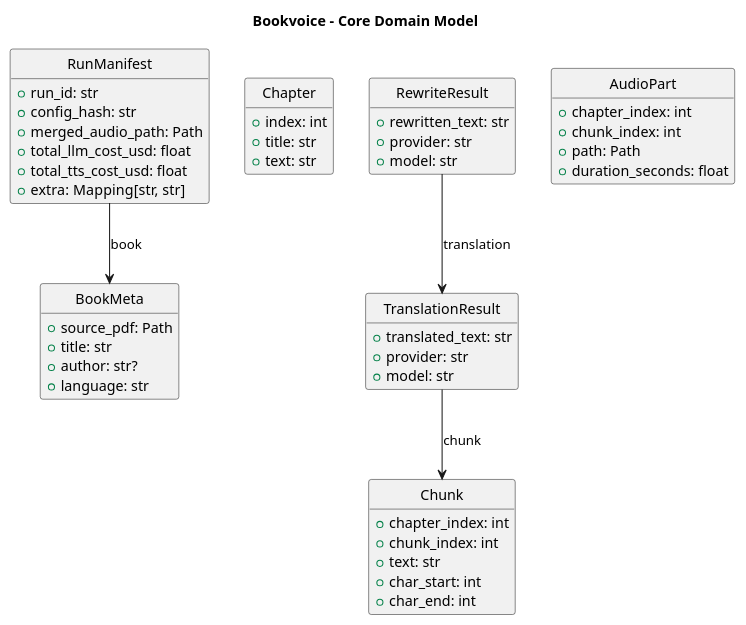
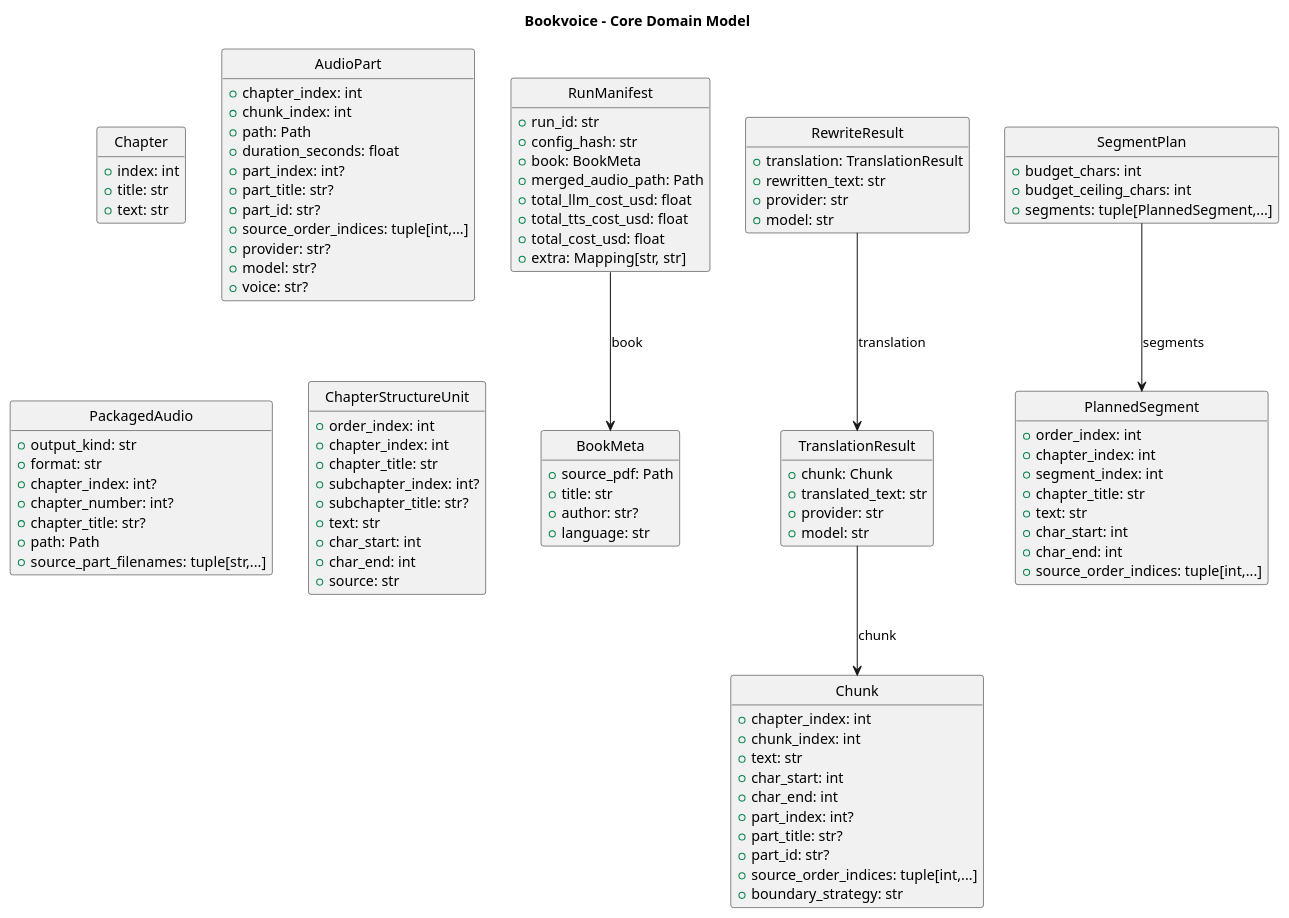
The diagram in docs/uml/domain-model.puml (Semtexcz/Bookvoice), drawn with PlantUML before and after one commit. The commit also changed 6 other files, not shown here.

Commit message:
docs(uml): synchronize diagrams with current pipeline architecture

```diff
--- a/docs/uml/domain-model.puml
+++ b/docs/uml/domain-model.puml
@@ -1,61 +1,117 @@
 @startuml
 hide methods
 hide circle
 skinparam shadowing false
 
 title Bookvoice - Core Domain Model
 
 class BookMeta {
   +source_pdf: Path
   +title: str
   +author: str?
   +language: str
 }
 
 class Chapter {
   +index: int
   +title: str
   +text: str
 }
 
 class Chunk {
   +chapter_index: int
   +chunk_index: int
   +text: str
   +char_start: int
   +char_end: int
+  +part_index: int?
+  +part_title: str?
+  +part_id: str?
+  +source_order_indices: tuple[int,...]
+  +boundary_strategy: str
 }
 
 class TranslationResult {
+  +chunk: Chunk
   +translated_text: str
   +provider: str
   +model: str
 }
 
 class RewriteResult {
+  +translation: TranslationResult
   +rewritten_text: str
   +provider: str
   +model: str
 }
 
 class AudioPart {
   +chapter_index: int
   +chunk_index: int
   +path: Path
   +duration_seconds: float
+  +part_index: int?
+  +part_title: str?
+  +part_id: str?
+  +source_order_indices: tuple[int,...]
+  +provider: str?
+  +model: str?
+  +voice: str?
+}
+
+class PackagedAudio {
+  +output_kind: str
+  +format: str
+  +chapter_index: int?
+  +chapter_number: int?
+  +chapter_title: str?
+  +path: Path
+  +source_part_filenames: tuple[str,...]
+}
+
+class ChapterStructureUnit {
+  +order_index: int
+  +chapter_index: int
+  +chapter_title: str
+  +subchapter_index: int?
+  +subchapter_title: str?
+  +text: str
+  +char_start: int
+  +char_end: int
+  +source: str
+}
+
+class PlannedSegment {
+  +order_index: int
+  +chapter_index: int
+  +segment_index: int
+  +chapter_title: str
+  +text: str
+  +char_start: int
+  +char_end: int
+  +source_order_indices: tuple[int,...]
+}
+
+class SegmentPlan {
+  +budget_chars: int
+  +budget_ceiling_chars: int
+  +segments: tuple[PlannedSegment,...]
 }
 
 class RunManifest {
   +run_id: str
   +config_hash: str
+  +book: BookMeta
   +merged_audio_path: Path
   +total_llm_cost_usd: float
   +total_tts_cost_usd: float
+  +total_cost_usd: float
   +extra: Mapping[str, str]
 }
 
 TranslationResult --> Chunk : chunk
 RewriteResult --> TranslationResult : translation
+SegmentPlan --> PlannedSegment : segments
 RunManifest --> BookMeta : book
 
 @enduml
```
